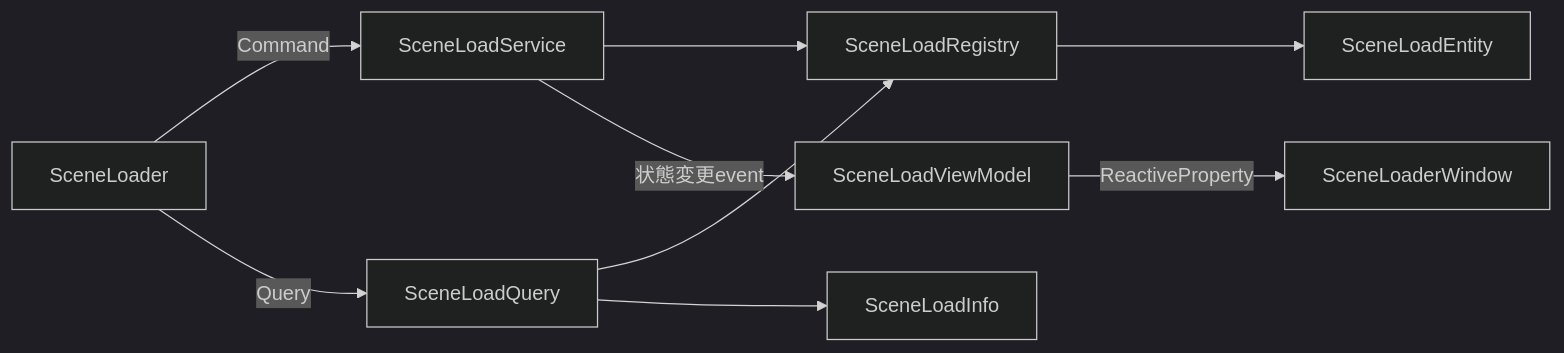
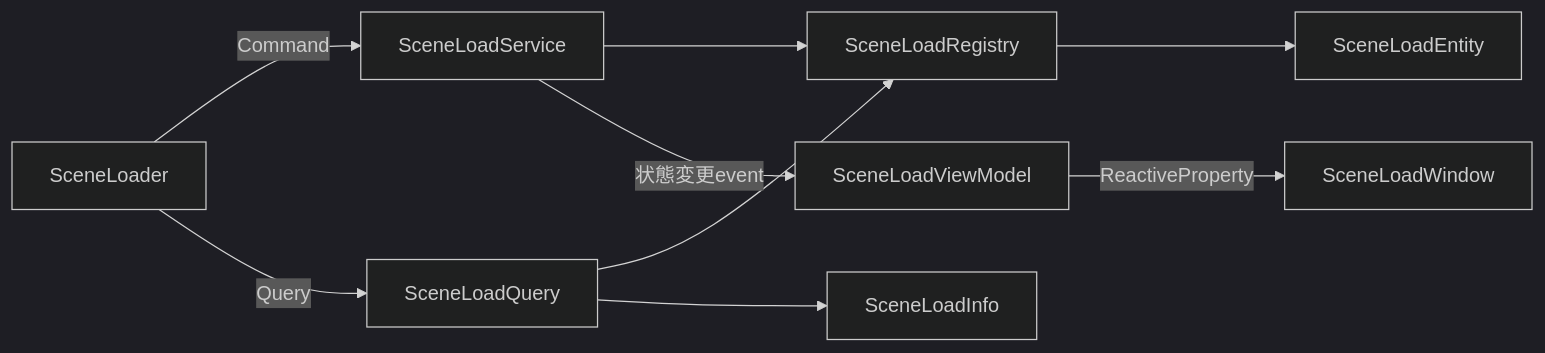
The fourth of 9 diagrams in Documentation~/Architecture.md (HIBIKI5201/SymphonyFramework), drawn with Mermaid (dark theme) before and after one commit. The commit also changed other lines of this file and 7 other files, not shown here.

First line of the commit message:
[update]SceneLoaderWindowをSceneLoadWindowへ改名

````diff
--- a/Documentation~/Architecture.md
+++ b/Documentation~/Architecture.md
@@ -174,11 +174,11 @@
 ```mermaid
 flowchart LR
     Loader["SceneLoader"] -->|Command| Service["SceneLoadService"]
     Service --> Registry["SceneLoadRegistry"]
     Registry --> Entity["SceneLoadEntity"]
     Loader -->|Query| Query["SceneLoadQuery"]
     Query --> Registry
     Query --> Info["SceneLoadInfo"]
     Service -->|状態変更event| ViewModel["SceneLoadViewModel"]
-    ViewModel -->|ReactiveProperty| Window["SceneLoaderWindow"]
+    ViewModel -->|ReactiveProperty| Window["SceneLoadWindow"]
 ```
````
